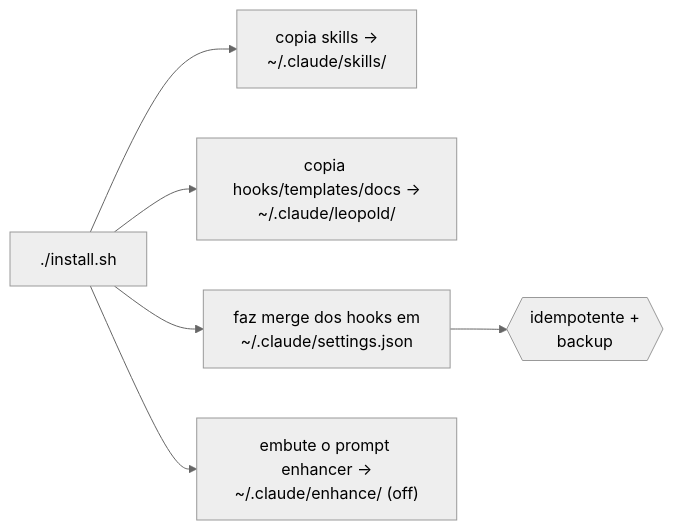
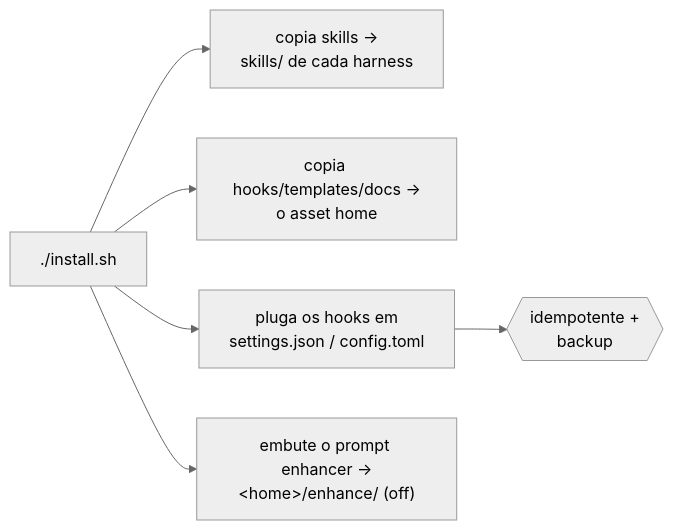
One commit to Jonhvmp/leopold changed the diagram in docs/getting-started/install.pt-BR.md. Above: the diagram before and after it, drawn with Mermaid (neutral theme). The commit also changed other lines of this file and 66 other files, not shown here.

````diff
--- a/docs/getting-started/install.pt-BR.md
+++ b/docs/getting-started/install.pt-BR.md
@@ -40,8 +54,8 @@
 ```mermaid
 flowchart LR
-    Run["./install.sh"] --> S["copia skills →<br/>~/.claude/skills/"]
-    Run --> H["copia hooks/templates/docs →<br/>~/.claude/leopold/"]
-    Run --> M["faz merge dos hooks em<br/>~/.claude/settings.json"]
-    Run --> E["embute o prompt enhancer →<br/>~/.claude/enhance/ (off)"]
+    Run["./install.sh"] --> S["copia skills →<br/>skills/ de cada harness"]
+    Run --> H["copia hooks/templates/docs →<br/>o asset home"]
+    Run --> M["pluga os hooks em<br/>settings.json / config.toml"]
+    Run --> E["embute o prompt enhancer →<br/>&lt;home&gt;/enhance/ (off)"]
     M --> Idem{{"idempotente +<br/>backup"}}
 ```
````
